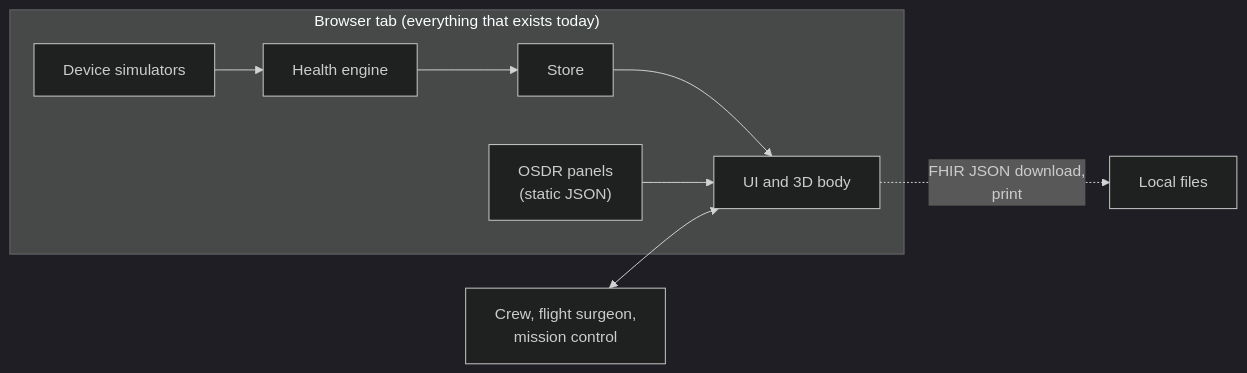
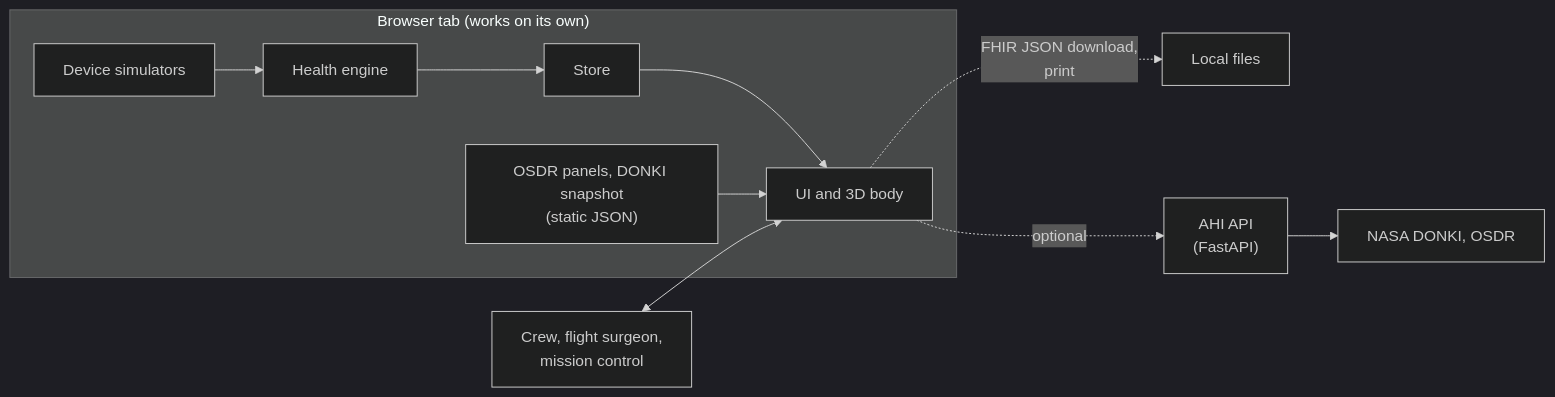
One commit to Gabrieldiv/astronaut-health-intelligence-platform changed the diagram in docs-site/overview/introduction.md. Above: the diagram before and after it, drawn with Mermaid (dark theme). The commit also changed other lines of this file and 39 other files, not shown here.

````diff
--- a/docs-site/overview/introduction.md
+++ b/docs-site/overview/introduction.md
@@ -72,10 +75,12 @@
 ```mermaid
 flowchart LR
-    subgraph BROWSER["Browser tab (everything that exists today)"]
+    subgraph BROWSER["Browser tab (works on its own)"]
       SIM["Device simulators"] --> ENG["Health engine"]
       ENG --> STORE["Store"] --> UI["UI and 3D body"]
-      OSDR["OSDR panels<br/>(static JSON)"] --> UI
+      OSDR["OSDR panels, DONKI snapshot<br/>(static JSON)"] --> UI
     end
     USER["Crew, flight surgeon,<br/>mission control"] <--> UI
     UI -. "FHIR JSON download,<br/>print" .-> FILES["Local files"]
+    UI -. "optional" .-> API["AHI API<br/>(FastAPI)"]
+    API --> NASA["NASA DONKI, OSDR"]
 ```
````
